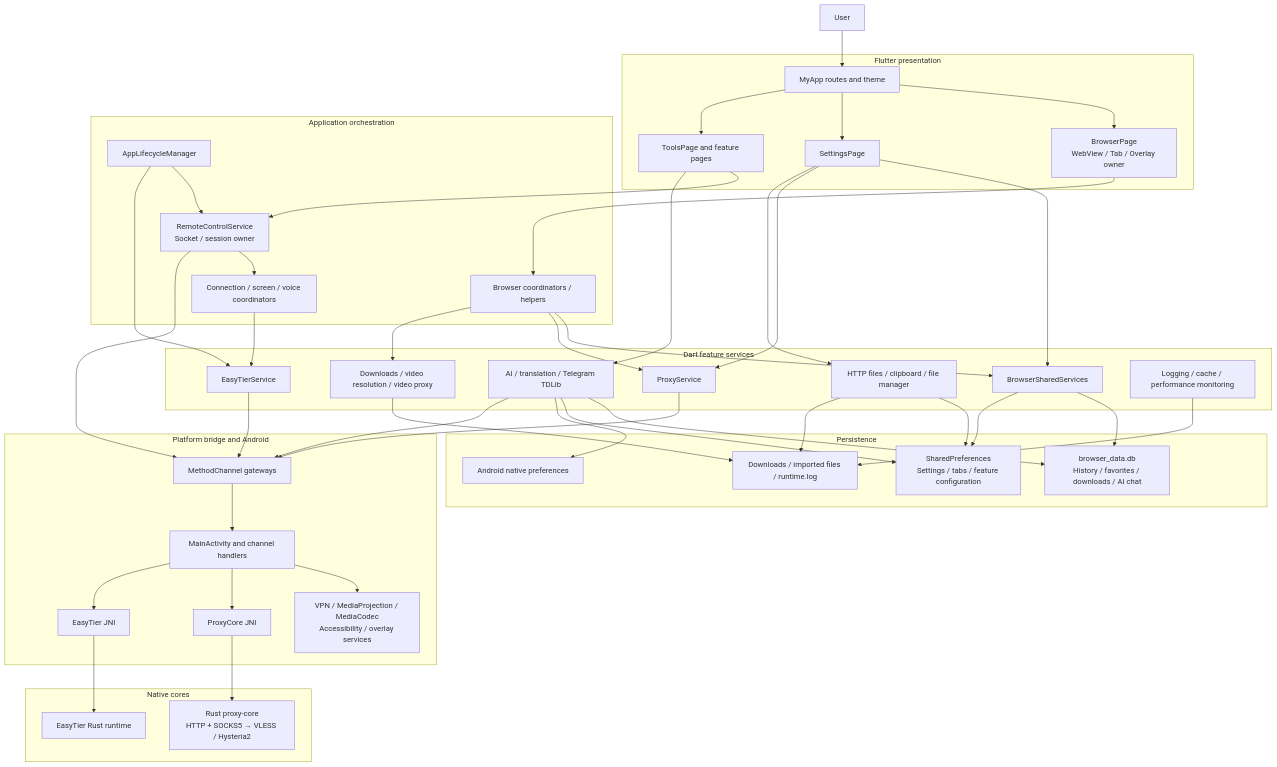
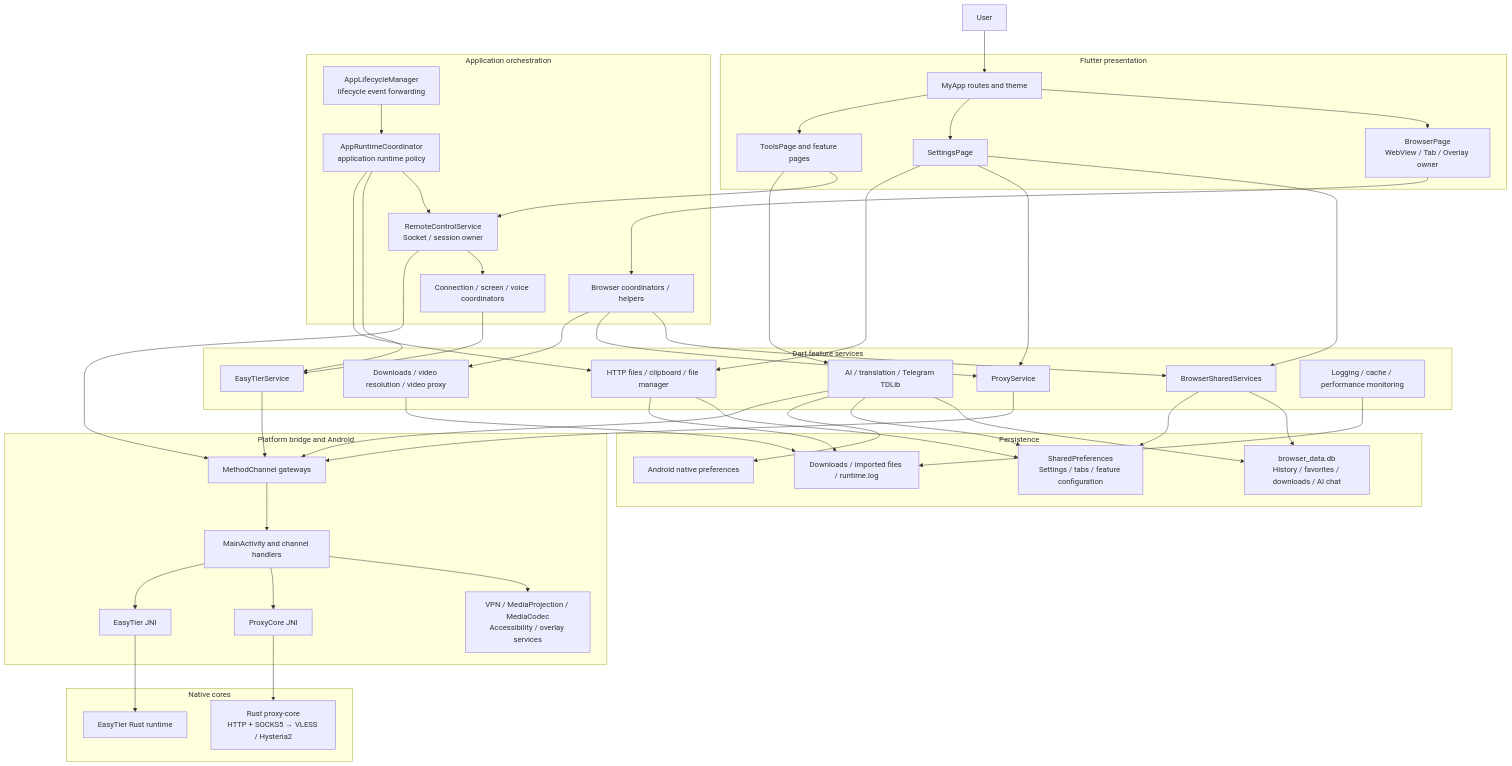
The diagram in docs/architecture.en.md (Easul/lightly), drawn with Mermaid before and after one commit. The commit also changed other lines of this file and 3 other files, not shown here.

Commit message:
docs: record runtime coordinator migration progress

```diff
--- a/docs/architecture.en.md
+++ b/docs/architecture.en.md
@@ -95,7 +95,8 @@
         BROWSER_FLOW[Browser coordinators / helpers]
         REMOTE_OWNER[RemoteControlService<br/>Socket / session owner]
         REMOTE_FLOW[Connection / screen / voice coordinators]
-        LIFECYCLE[AppLifecycleManager]
+        LIFECYCLE[AppLifecycleManager<br/>lifecycle event forwarding]
+        APP_RUNTIME[AppRuntimeCoordinator<br/>application runtime policy]
     end
 
     subgraph SERVICE[Dart feature services]
@@ -142,8 +143,10 @@
     SETTINGS --> SHARED
     SETTINGS --> PROXY
     SETTINGS --> LOCAL
-    LIFECYCLE --> REMOTE_OWNER
-    LIFECYCLE --> EASY
+    LIFECYCLE --> APP_RUNTIME
+    APP_RUNTIME --> REMOTE_OWNER
+    APP_RUNTIME --> EASY
+    APP_RUNTIME --> LOCAL
     TOOLS --> AI_TG
 
     SHARED --> DB
```
